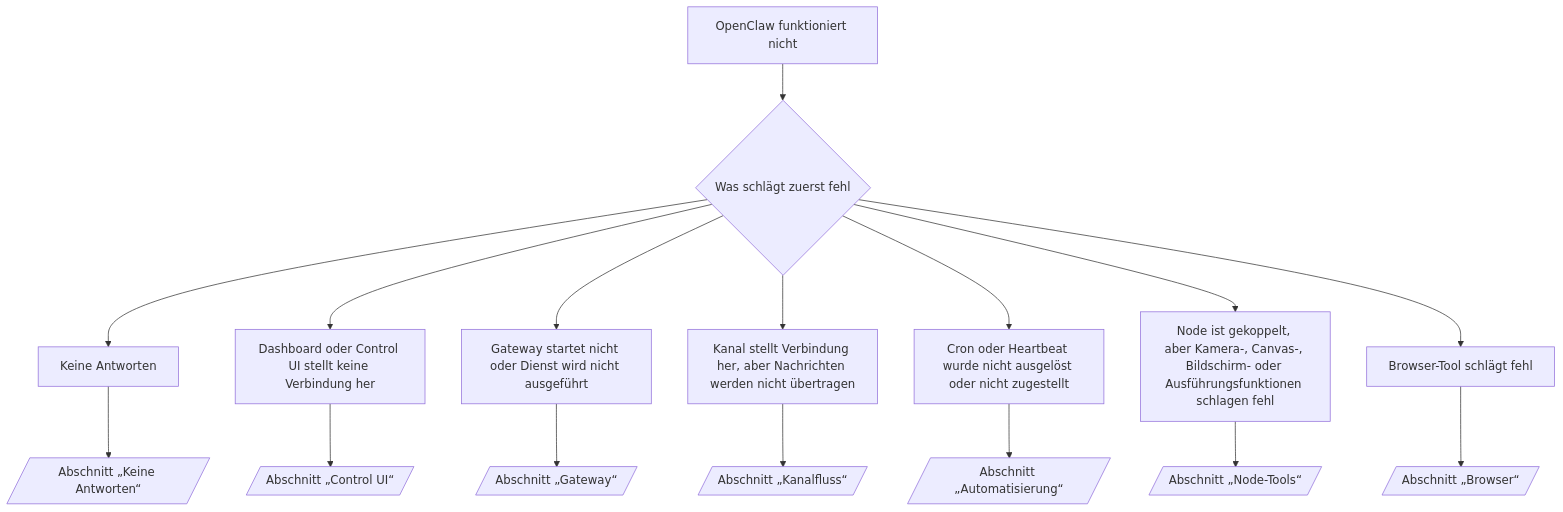
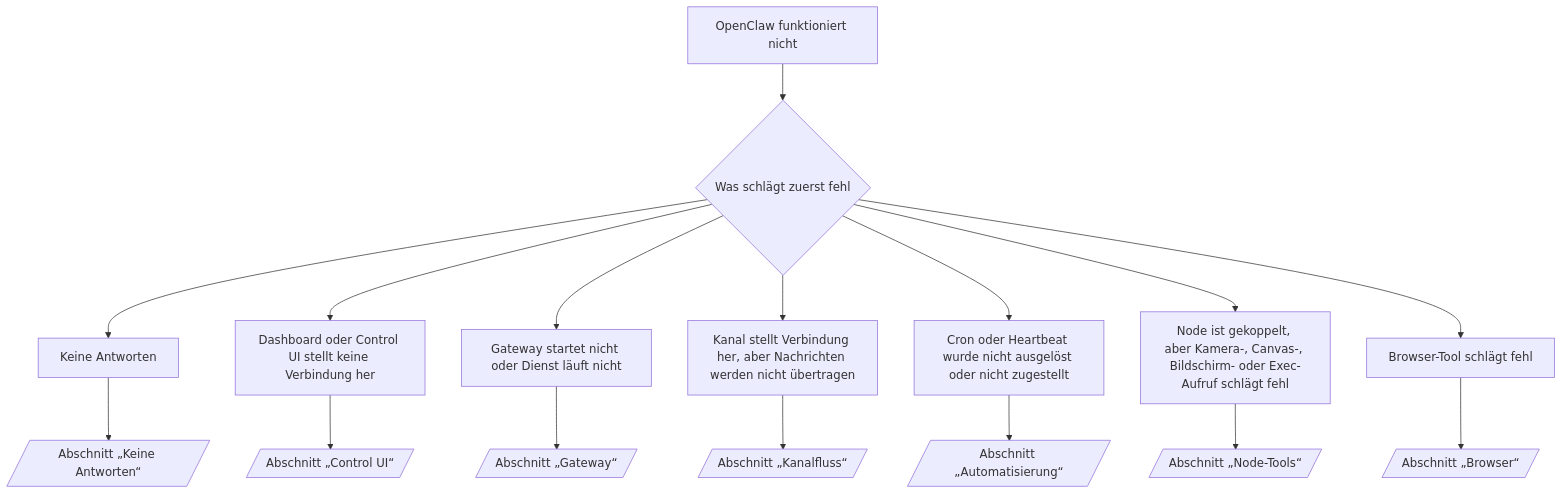
One commit to openclaw/docs changed the diagram in docs/de/help/troubleshooting.md. Above: the diagram before and after it, drawn with Mermaid. The commit also changed other lines of this file and 759 other files, not shown here.

````diff
--- a/docs/de/help/troubleshooting.md
+++ b/docs/de/help/troubleshooting.md
@@ -191,19 +192,19 @@
 ```mermaid
 flowchart TD
   A[OpenClaw funktioniert nicht] --> B{Was schlägt zuerst fehl}
   B --> C[Keine Antworten]
   B --> D[Dashboard oder Control UI stellt keine Verbindung her]
-  B --> E[Gateway startet nicht oder Dienst wird nicht ausgeführt]
+  B --> E[Gateway startet nicht oder Dienst läuft nicht]
   B --> F[Kanal stellt Verbindung her, aber Nachrichten werden nicht übertragen]
   B --> G[Cron oder Heartbeat wurde nicht ausgelöst oder nicht zugestellt]
-  B --> H[Node ist gekoppelt, aber Kamera-, Canvas-, Bildschirm- oder Ausführungsfunktionen schlagen fehl]
+  B --> H[Node ist gekoppelt, aber Kamera-, Canvas-, Bildschirm- oder Exec-Aufruf schlägt fehl]
   B --> I[Browser-Tool schlägt fehl]
 
   C --> C1[/Abschnitt „Keine Antworten“/]
   D --> D1[/Abschnitt „Control UI“/]
   E --> E1[/Abschnitt „Gateway“/]
   F --> F1[/Abschnitt „Kanalfluss“/]
   G --> G1[/Abschnitt „Automatisierung“/]
   H --> H1[/Abschnitt „Node-Tools“/]
   I --> I1[/Abschnitt „Browser“/]
 ```
````
